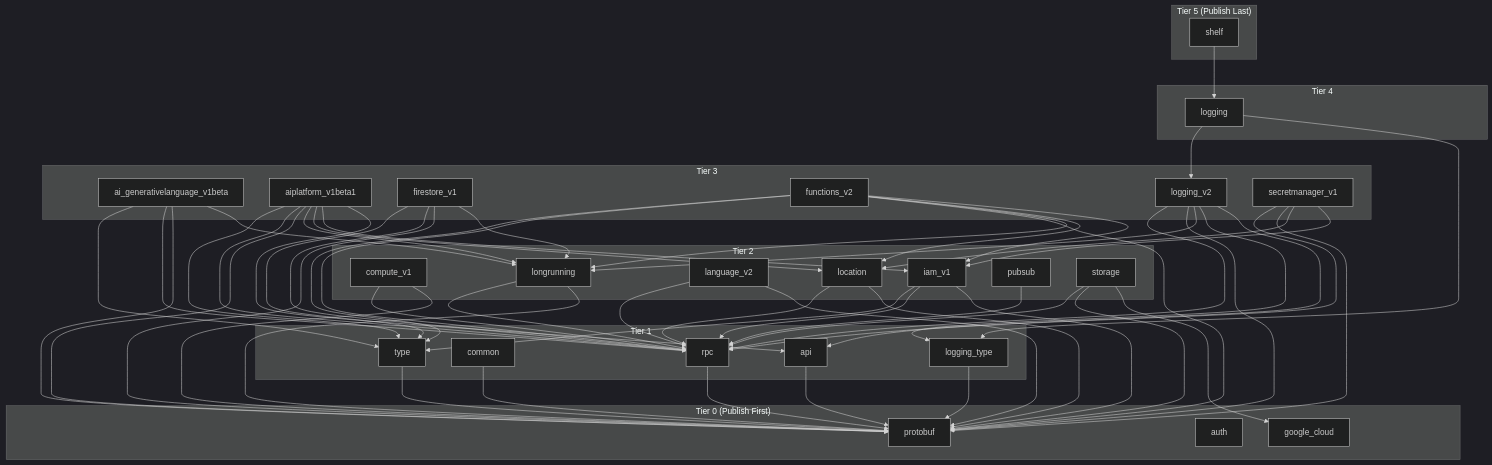
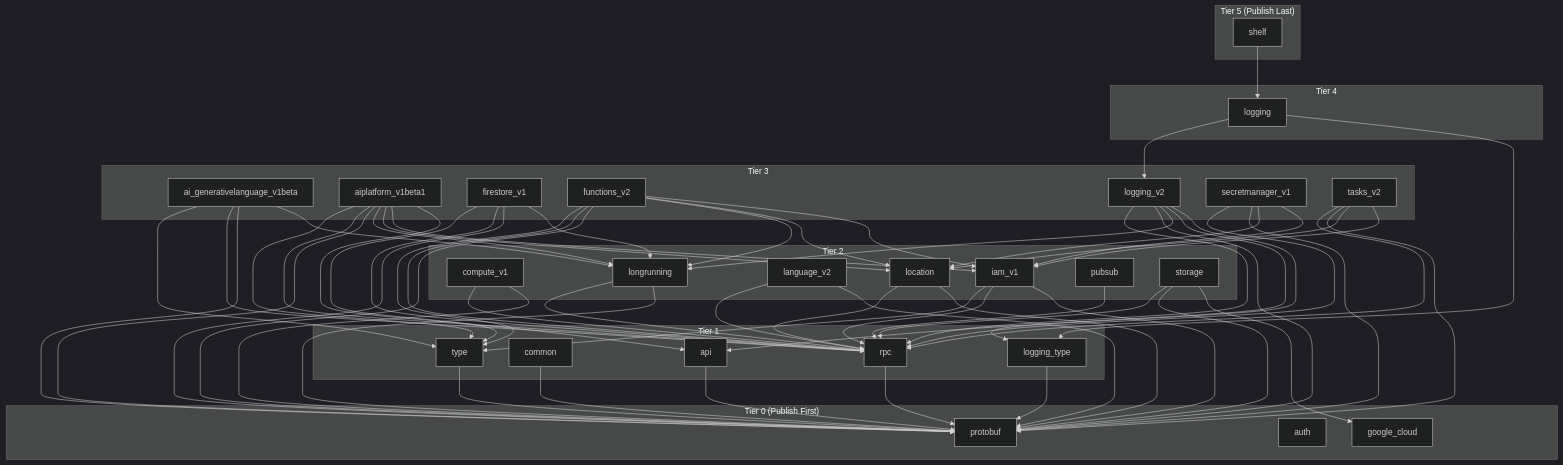
Before and after one commit to googleapis/google-cloud-dart: the diagram in DEVELOPER_GUIDE.md, drawn with Mermaid (dark theme). The commit also changed 20 other files, not shown here.

````diff
--- a/DEVELOPER_GUIDE.md
+++ b/DEVELOPER_GUIDE.md
@@ -45,6 +45,7 @@
     google_cloud_functions_v2["functions_v2"]
     google_cloud_logging_v2["logging_v2"]
     google_cloud_secretmanager_v1["secretmanager_v1"]
+    google_cloud_tasks_v2["tasks_v2"]
   end
 
   subgraph Tier4 ["Tier 4"]
@@ -107,5 +108,9 @@
   google_cloud_storage --> google_cloud
   google_cloud_storage --> google_cloud_protobuf
   google_cloud_storage --> google_cloud_rpc
+  google_cloud_tasks_v2 --> google_cloud_iam_v1
+  google_cloud_tasks_v2 --> google_cloud_location
+  google_cloud_tasks_v2 --> google_cloud_protobuf
+  google_cloud_tasks_v2 --> google_cloud_rpc
   google_cloud_type --> google_cloud_protobuf
 ```
````
